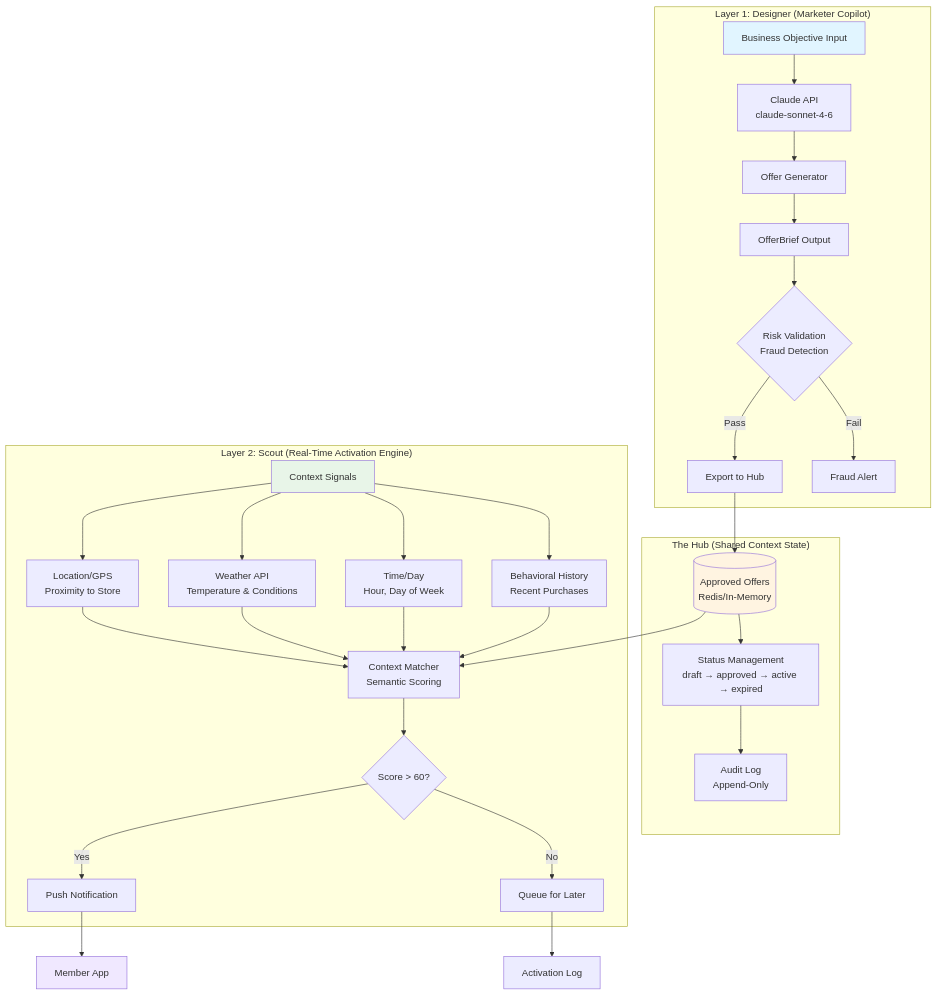
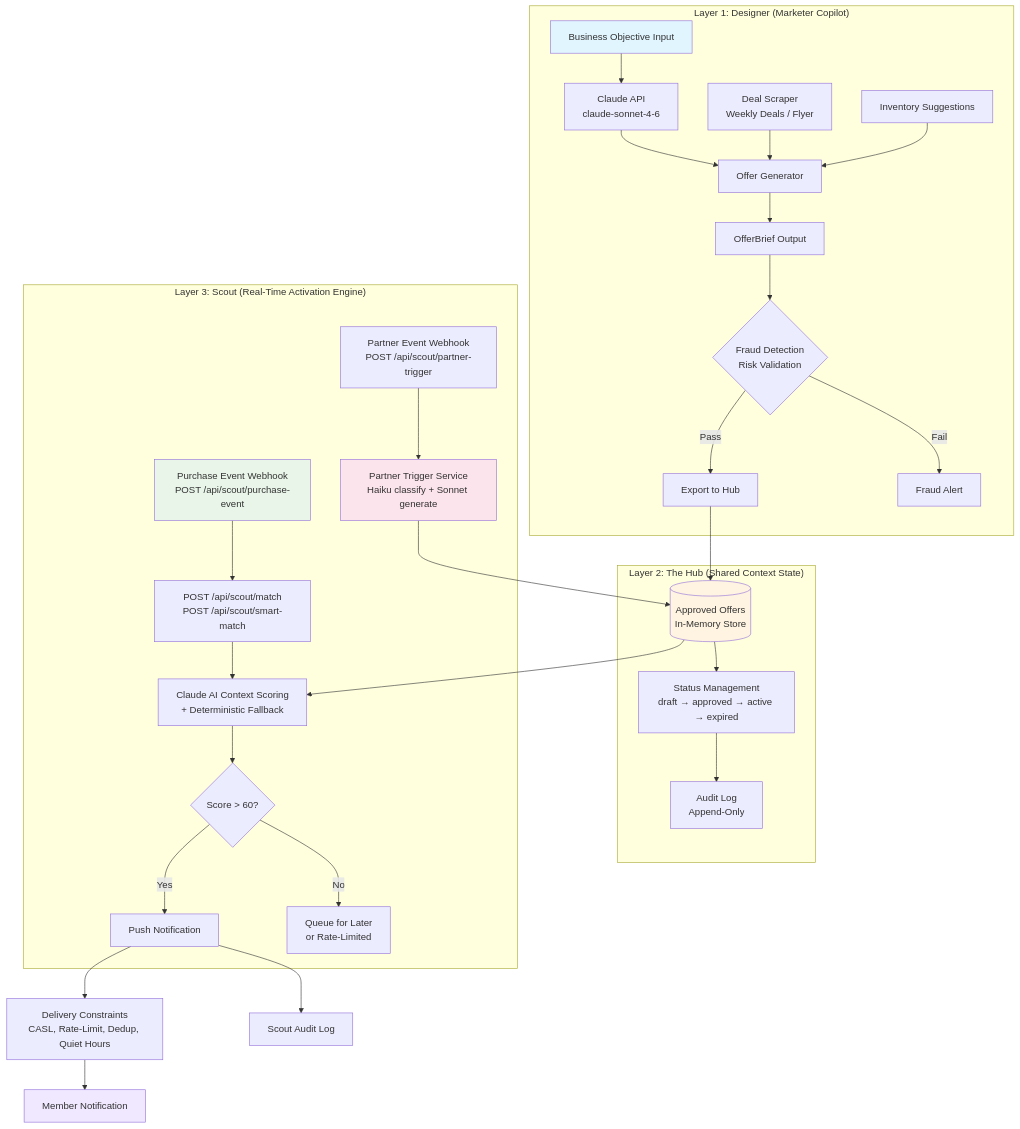
One commit to kartikey423/tristar changed the first of 13 diagrams in docs/ARCHITECTURE.md. Above: the diagram before and after it, drawn with Mermaid. The commit also changed other lines of this file and 10 other files, not shown here.

````diff
--- a/docs/ARCHITECTURE.md
+++ b/docs/ARCHITECTURE.md
@@ -22,68 +27,65 @@
 ```mermaid
 graph TB
     subgraph "Layer 1: Designer (Marketer Copilot)"
         A[Business Objective Input]
         B[Claude API<br/>claude-sonnet-4-6]
         C[Offer Generator]
         D[OfferBrief Output]
-        E{Risk Validation<br/>Fraud Detection}
+        E{Fraud Detection<br/>Risk Validation}
         F[Export to Hub]
         G[Fraud Alert]
+        DS[Deal Scraper<br/>Weekly Deals / Flyer]
+        INV[Inventory Suggestions]
 
         A --> B
         B --> C
         C --> D
+        DS --> C
+        INV --> C
         D --> E
         E -->|Pass| F
         E -->|Fail| G
     end
 
-    subgraph "The Hub (Shared Context State)"
-        H[(Approved Offers<br/>Redis/In-Memory)]
+    subgraph "Layer 2: The Hub (Shared Context State)"
+        H[(Approved Offers<br/>In-Memory Store)]
         I[Status Management<br/>draft → approved → active → expired]
         J[Audit Log<br/>Append-Only]
 
         F --> H
         H --> I
         I --> J
     end
 
-    subgraph "Layer 2: Scout (Real-Time Activation Engine)"
-        K[Context Signals]
-        L[Location/GPS<br/>Proximity to Store]
-        M[Weather API<br/>Temperature & Conditions]
-        N[Time/Day<br/>Hour, Day of Week]
-        O[Behavioral History<br/>Recent Purchases]
+    subgraph "Layer 3: Scout (Real-Time Activation Engine)"
+        K[Purchase Event Webhook<br/>POST /api/scout/purchase-event]
+        P2[Partner Event Webhook<br/>POST /api/scout/partner-trigger]
+        SM[POST /api/scout/match<br/>POST /api/scout/smart-match]
 
-        P[Context Matcher<br/>Semantic Scoring]
+        P[Claude AI Context Scoring<br/>+ Deterministic Fallback]
         Q{Score > 60?}
         R[Push Notification]
-        S[Queue for Later]
+        S[Queue for Later<br/>or Rate-Limited]
 
-        K --> L
-        K --> M
-        K --> N
-        K --> O
-
-        L --> P
-        M --> P
-        N --> P
-        O --> P
-
+        K --> SM
+        P2 --> PA[Partner Trigger Service<br/>Haiku classify + Sonnet generate]
+        SM --> P
         H --> P
         P --> Q
         Q -->|Yes| R
         Q -->|No| S
+        PA --> H
     end
 
-    T[Member App]
-    U[Activation Log]
-
-    R --> T
-    S --> U
+    DC[Delivery Constraints<br/>CASL, Rate-Limit, Dedup, Quiet Hours]
+    R --> DC
+    DC --> T[Member Notification]
+    SA[Scout Audit Log]
+    R --> SA
 
     style A fill:#e1f5ff
     style H fill:#fff4e1
     style K fill:#e8f5e8
     style T fill:#f0e8ff
+    style PA fill:#fce4ec
 ```
````
